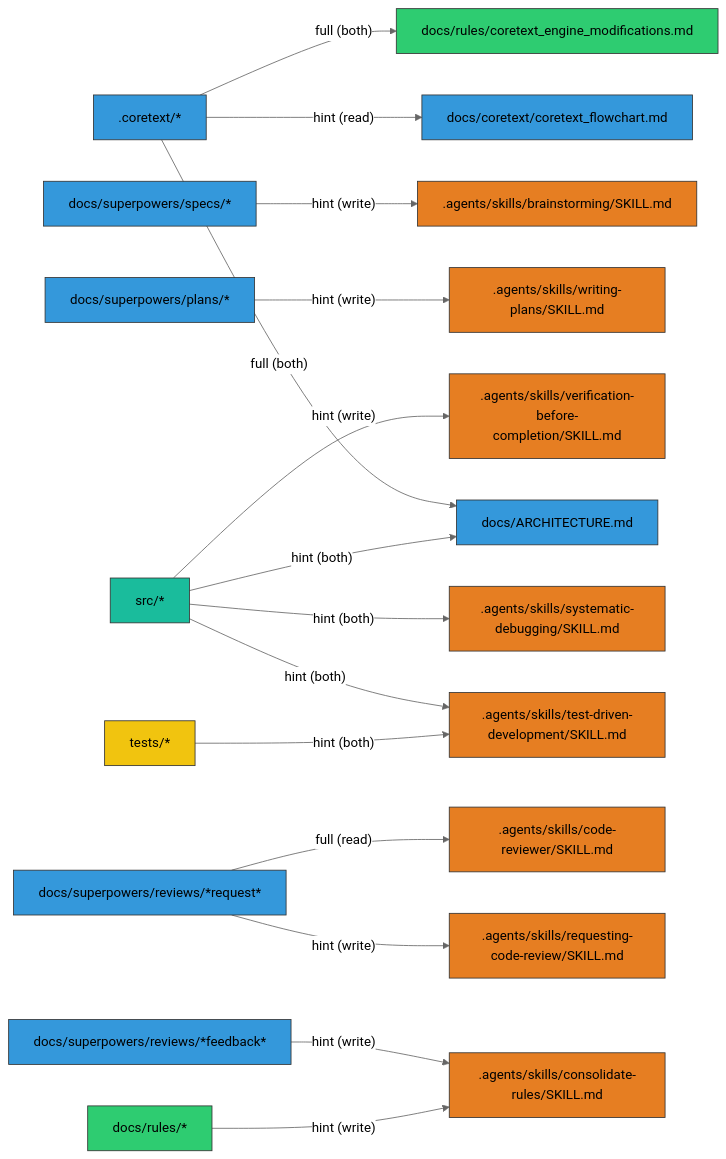
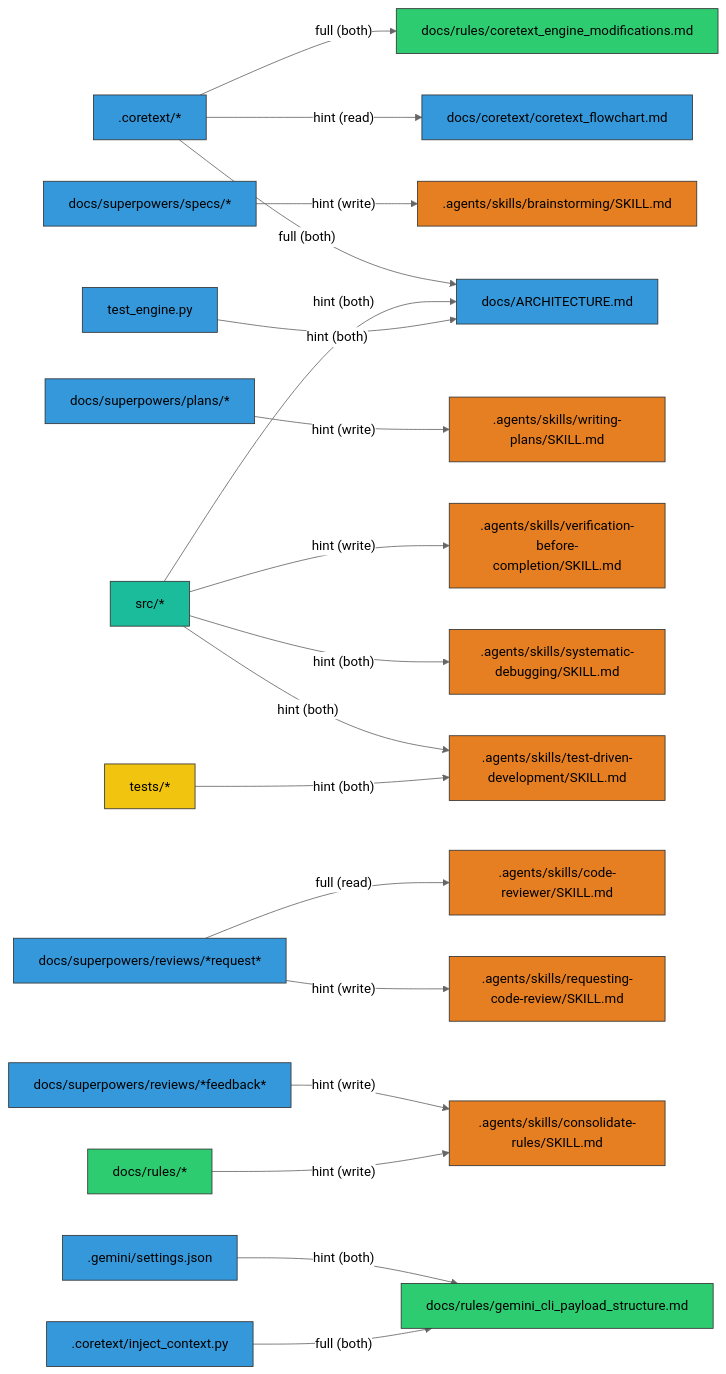
Before and after one commit to coretexthq/coretext: the diagram in docs/coretext/graph.md, drawn with Mermaid (neutral theme). The commit also changed 3 other files, not shown here.

Commit message:
refactor: decouple context payload into hints and full files to improve architectural rule enforcement and session-based acknowledgment

````diff
--- a/docs/coretext/graph.md
+++ b/docs/coretext/graph.md
@@ -5,45 +5,52 @@
 ```mermaid
 graph LR
     classDef agents fill:#2c3e50,stroke:#333,stroke-width:1px,color:white;
     classDef skills fill:#e67e22,stroke:#333,stroke-width:1px,color:black;
     classDef docs fill:#3498db,stroke:#333,stroke-width:1px,color:black;
     classDef rules fill:#2ecc71,stroke:#333,stroke-width:1px,color:black;
     classDef templates fill:#9b59b6,stroke:#333,stroke-width:1px,color:white;
     classDef archive fill:#95a5a6,stroke:#333,stroke-width:1px,color:black;
     classDef coretext fill:#e74c3c,stroke:#333,stroke-width:1px,color:white;
     classDef src fill:#1abc9c,stroke:#333,stroke-width:1px,color:black;
     classDef tests fill:#f1c40f,stroke:#333,stroke-width:1px,color:black;
     _coretext_*[".coretext/*"] -->|"full (both)"| docs_ARCHITECTURE_md["docs/ARCHITECTURE.md"]
     _coretext_*[".coretext/*"] -->|"hint (read)"| docs_coretext_coretext_flowchart_md["docs/coretext/coretext_flowchart.md"]
     _coretext_*[".coretext/*"] -->|"full (both)"| docs_rules_coretext_engine_modifications_md["docs/rules/coretext_engine_modifications.md"]
     docs_superpowers_specs_*["docs/superpowers/specs/*"] -->|"hint (write)"| _agents_skills_brainstorming_SKILL_md[".agents/skills/brainstorming/SKILL.md"]
     docs_superpowers_plans_*["docs/superpowers/plans/*"] -->|"hint (write)"| _agents_skills_writing_plans_SKILL_md[".agents/skills/writing-plans/SKILL.md"]
     src_*["src/*"] -->|"hint (both)"| docs_ARCHITECTURE_md["docs/ARCHITECTURE.md"]
     src_*["src/*"] -->|"hint (both)"| _agents_skills_test_driven_development_SKILL_md[".agents/skills/test-driven-development/SKILL.md"]
     src_*["src/*"] -->|"hint (both)"| _agents_skills_systematic_debugging_SKILL_md[".agents/skills/systematic-debugging/SKILL.md"]
     src_*["src/*"] -->|"hint (write)"| _agents_skills_verification_before_completion_SKILL_md[".agents/skills/verification-before-completion/SKILL.md"]
     tests_*["tests/*"] -->|"hint (both)"| _agents_skills_test_driven_development_SKILL_md[".agents/skills/test-driven-development/SKILL.md"]
     docs_superpowers_reviews_*request*["docs/superpowers/reviews/*request*"] -->|"hint (write)"| _agents_skills_requesting_code_review_SKILL_md[".agents/skills/requesting-code-review/SKILL.md"]
     docs_superpowers_reviews_*request*["docs/superpowers/reviews/*request*"] -->|"full (read)"| _agents_skills_code_reviewer_SKILL_md[".agents/skills/code-reviewer/SKILL.md"]
     docs_superpowers_reviews_*feedback*["docs/superpowers/reviews/*feedback*"] -->|"hint (write)"| _agents_skills_consolidate_rules_SKILL_md[".agents/skills/consolidate-rules/SKILL.md"]
     docs_rules_*["docs/rules/*"] -->|"hint (write)"| _agents_skills_consolidate_rules_SKILL_md[".agents/skills/consolidate-rules/SKILL.md"]
-    class docs_superpowers_specs_* docs
-    class _agents_skills_test_driven_development_SKILL_md skills
-    class docs_rules_coretext_engine_modifications_md rules
+    test_engine_py["test_engine.py"] -->|"hint (both)"| docs_ARCHITECTURE_md["docs/ARCHITECTURE.md"]
+    _gemini_settings_json[".gemini/settings.json"] -->|"hint (both)"| docs_rules_gemini_cli_payload_structure_md["docs/rules/gemini_cli_payload_structure.md"]
+    _coretext_inject_context_py[".coretext/inject_context.py"] -->|"full (both)"| docs_rules_gemini_cli_payload_structure_md["docs/rules/gemini_cli_payload_structure.md"]
+    class docs_superpowers_reviews_*request* docs
+    class _coretext_inject_context_py docs
+    class _agents_skills_code_reviewer_SKILL_md skills
+    class _coretext_* docs
+    class _agents_skills_verification_before_completion_SKILL_md skills
+    class _agents_skills_consolidate_rules_SKILL_md skills
+    class src_* src
+    class _agents_skills_brainstorming_SKILL_md skills
+    class docs_superpowers_reviews_*feedback* docs
+    class _gemini_settings_json docs
+    class docs_rules_* rules
+    class _agents_skills_systematic_debugging_SKILL_md skills
+    class test_engine_py docs
+    class _agents_skills_writing_plans_SKILL_md skills
     class tests_* tests
-    class docs_superpowers_reviews_*request* docs
-    class _agents_skills_requesting_code_review_SKILL_md skills
-    class _agents_skills_code_reviewer_SKILL_md skills
     class docs_coretext_coretext_flowchart_md docs
     class docs_superpowers_plans_* docs
-    class _agents_skills_consolidate_rules_SKILL_md skills
-    class docs_superpowers_reviews_*feedback* docs
-    class _coretext_* docs
-    class _agents_skills_brainstorming_SKILL_md skills
-    class docs_rules_* rules
+    class docs_rules_gemini_cli_payload_structure_md rules
+    class docs_superpowers_specs_* docs
+    class docs_rules_coretext_engine_modifications_md rules
+    class _agents_skills_test_driven_development_SKILL_md skills
     class docs_ARCHITECTURE_md docs
-    class src_* src
-    class _agents_skills_writing_plans_SKILL_md skills
-    class _agents_skills_verification_before_completion_SKILL_md skills
-    class _agents_skills_systematic_debugging_SKILL_md skills
+    class _agents_skills_requesting_code_review_SKILL_md skills
 ```
````
